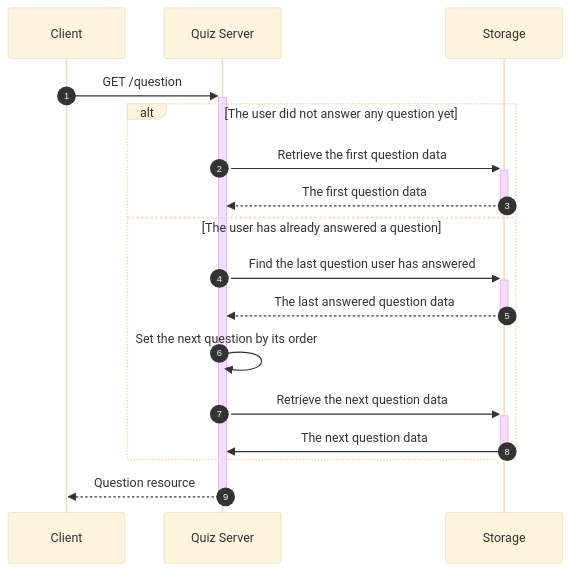
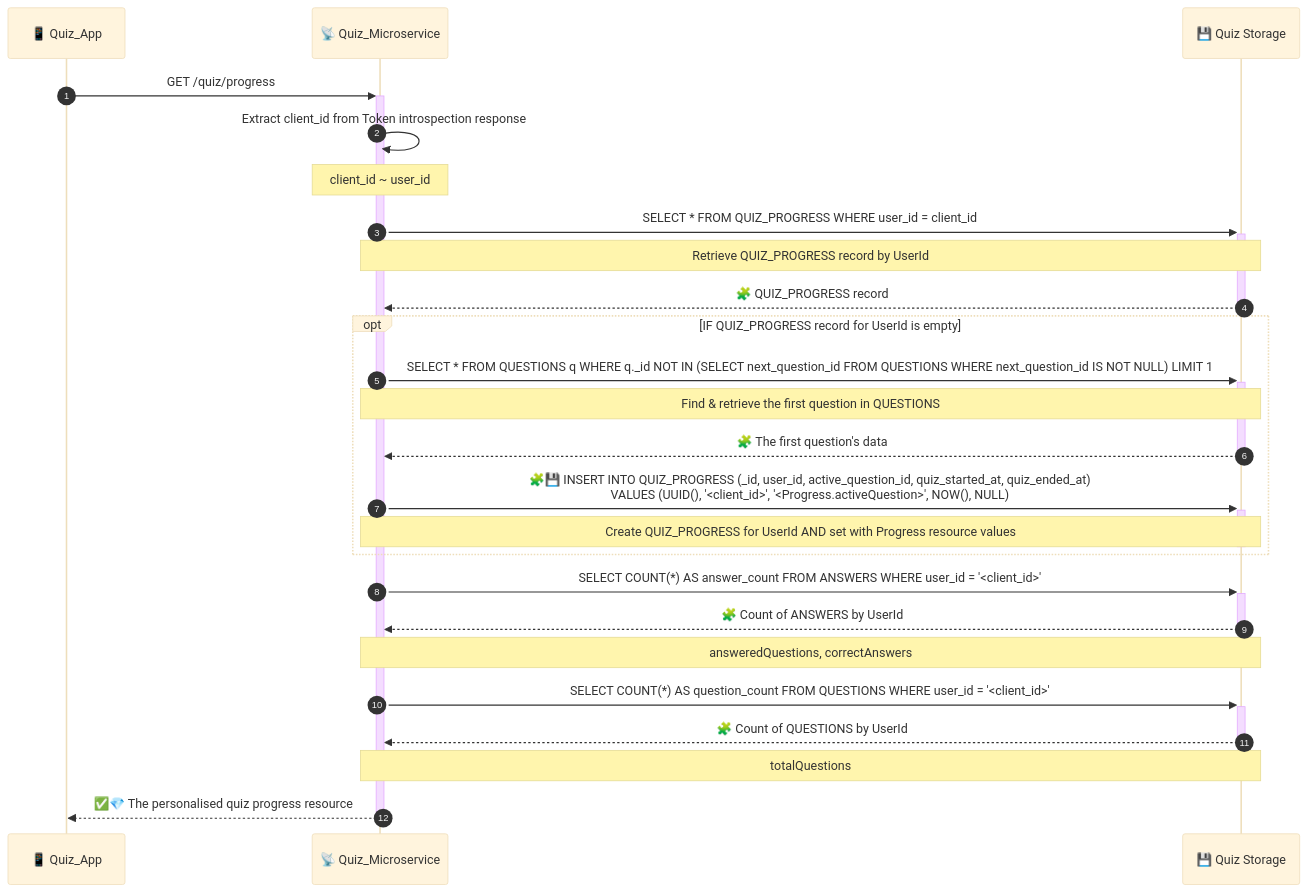
The second of 4 diagrams in specifications/quiz_backend_spec/quiz_backend_spec.md (TomasGazo/slsp-solution-design-demo), drawn with Mermaid before and after one commit. The commit also changed other lines of this file and 7 other files, not shown here.

Commit message:
Quiz Microservice specification + other minor changes

````diff
--- a/specifications/quiz_backend_spec/quiz_backend_spec.md
+++ b/specifications/quiz_backend_spec/quiz_backend_spec.md
@@ -51,26 +113,40 @@
 ```mermaid
 %%{init: {'theme':'base'}}%%
 sequenceDiagram
     autonumber
-    participant client as Client
-    participant quizServer as Quiz Server
-    participant db as Storage
+    participant client as 📱 Quiz_App
+    participant quizServer as 📡 Quiz_Microservice
+    participant db as 💾 Quiz Storage
 
-    client ->>+ quizServer: GET /question
+    client ->>+ quizServer:  GET /quiz/progress
 
-    alt The user did not answer any question yet
-        quizServer ->>+ db: Retrieve the first question data
-        db -->>- quizServer: The first question data
-        
-    else The user has already answered a question
-        quizServer ->>+ db: Find the last question user has answered
-        db -->>- quizServer: The last answered question data
-        
-        quizServer ->> quizServer: Set the next question by its order
+    %% Get User ID
+    quizServer ->> quizServer: Extract client_id from Token introspection response
+    note over quizServer, quizServer: client_id ~ user_id
 
-        quizServer ->>+ db: Retrieve the next question data
-        db ->>- quizServer: The next question data
+    %% Get QUIZ_PROGRESS record
+    quizServer ->>+ db: SELECT * FROM QUIZ_PROGRESS WHERE user_id = client_id
+    note over quizServer, db: Retrieve QUIZ_PROGRESS record by UserId
+    db -->>- quizServer: 🧩 QUIZ_PROGRESS record
+      
+    %% Check IF user is just starting the quiz
+    opt IF QUIZ_PROGRESS record for UserId is empty
+        quizServer ->>+ db: SELECT * FROM QUESTIONS q WHERE q._id NOT IN (SELECT next_question_id FROM QUESTIONS WHERE next_question_id IS NOT NULL) LIMIT 1;
+        note over quizServer, db: Find & retrieve the first question in QUESTIONS
+        db -->>- quizServer: 🧩 The first question's data
+
+        quizServer ->>+ db: 🧩💾 INSERT INTO QUIZ_PROGRESS (_id, user_id, active_question_id, quiz_started_at, quiz_ended_at) <br> VALUES (UUID(), '<client_id>', '<Progress.activeQuestion>', NOW(), NULL);
+        note over quizServer, db: Create QUIZ_PROGRESS for UserId AND set with Progress resource values
+        deactivate db
     end
+    
+    quizServer ->>+ db: SELECT COUNT(*) AS answer_count FROM ANSWERS WHERE user_id = '<client_id>'
+    db -->>- quizServer: 🧩 Count of ANSWERS by UserId
+    note over db, quizServer: answeredQuestions, correctAnswers
 
-    quizServer -->>- client: Question resource
+    quizServer ->>+ db: SELECT COUNT(*) AS question_count FROM QUESTIONS WHERE user_id = '<client_id>'
+    db -->>- quizServer: 🧩 Count of QUESTIONS by UserId
+    note over db, quizServer: totalQuestions
+
+    quizServer -->>- client: ✅💎 The personalised quiz progress resource
 ```
````
